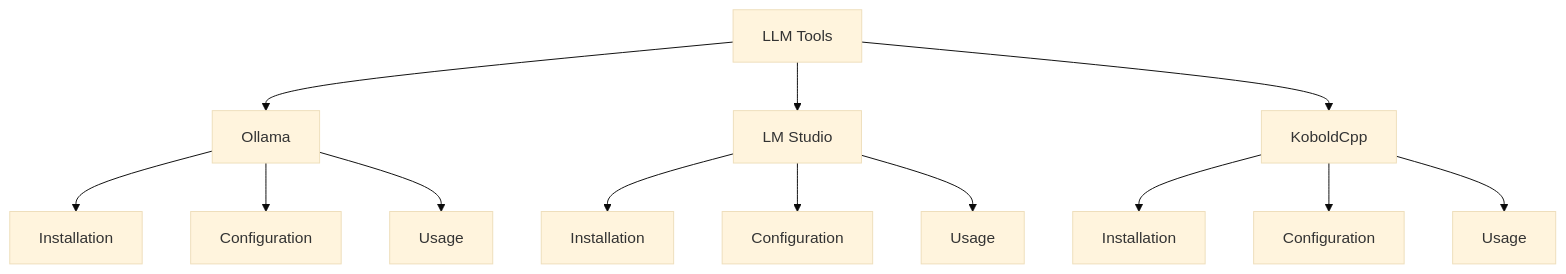
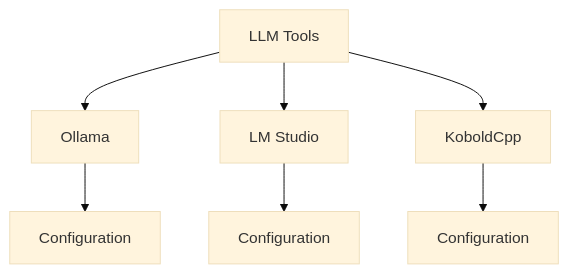
One commit to amazon1148/Roo-Code-Docs changed the diagram in docs/local-llm/quick-start/tool-usage.md. Above: the diagram before and after it, drawn with Mermaid (base theme). The commit also changed other lines of this file and 5 other files, not shown here.

````diff
--- a/docs/local-llm/quick-start/tool-usage.md
+++ b/docs/local-llm/quick-start/tool-usage.md
@@ -9,18 +20,9 @@
 ```mermaid
 graph TD
     Tools[LLM Tools] --> Ollama[Ollama]
     Tools --> LMStudio[LM Studio]
     Tools --> KoboldCpp[KoboldCpp]
-    
-    Ollama --> OInstall[Installation]
     Ollama --> OConfig[Configuration]
-    Ollama --> OUse[Usage]
-    
-    LMStudio --> LInstall[Installation]
     LMStudio --> LConfig[Configuration]
-    LMStudio --> LUse[Usage]
-    
-    KoboldCpp --> KInstall[Installation]
     KoboldCpp --> KConfig[Configuration]
-    KoboldCpp --> KUse[Usage]
 ```
````
